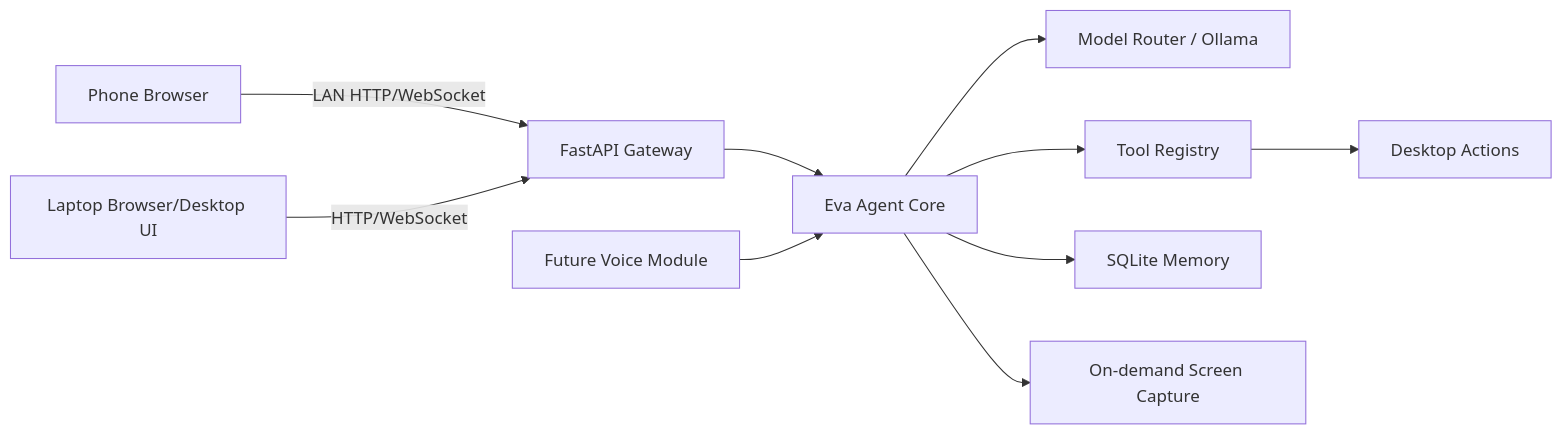
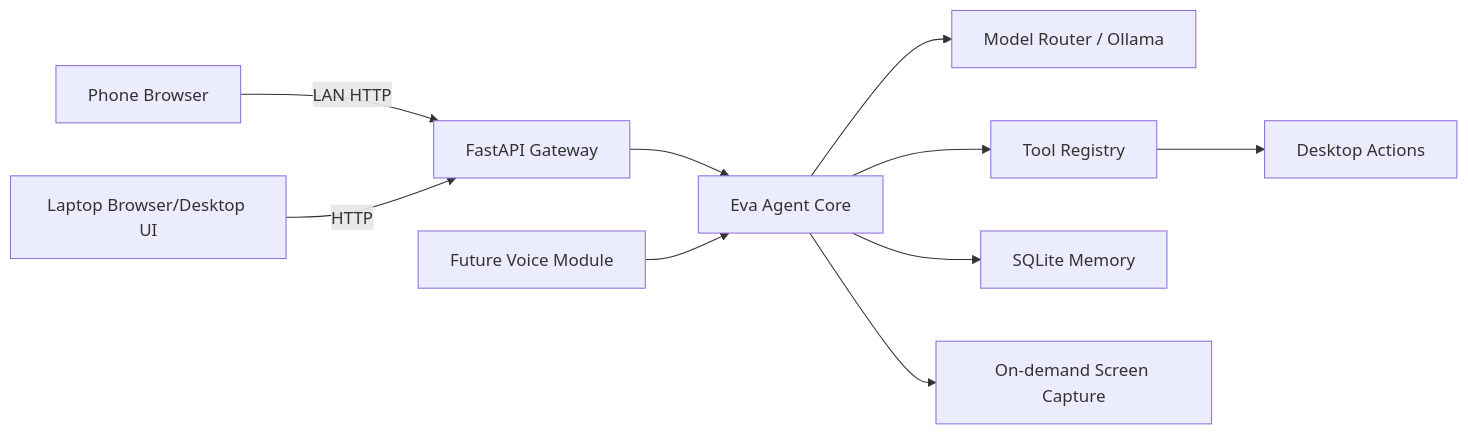
One commit to ankitlinkesh/eva-experiment changed the first of 2 diagrams in docs/ARCHITECTURE.md. Above: the diagram before and after it, drawn with Mermaid. The commit also changed other lines of this file and 3 other files, not shown here.

````diff
--- a/docs/ARCHITECTURE.md
+++ b/docs/ARCHITECTURE.md
@@ -16,12 +16,12 @@
 ```mermaid
 flowchart LR
-    Phone["Phone Browser"] -->|LAN HTTP/WebSocket| API["FastAPI Gateway"]
-    Desktop["Laptop Browser/Desktop UI"] -->|HTTP/WebSocket| API
+    Phone["Phone Browser"] -->|LAN HTTP| API["FastAPI Gateway"]
+    Desktop["Laptop Browser/Desktop UI"] -->|HTTP| API
     API --> Agent["Eva Agent Core"]
     Agent --> Models["Model Router / Ollama"]
     Agent --> Tools["Tool Registry"]
     Agent --> Memory["SQLite Memory"]
     Agent --> Screen["On-demand Screen Capture"]
     Tools --> DesktopActions["Desktop Actions"]
     Voice["Future Voice Module"] --> Agent
 ```
````
